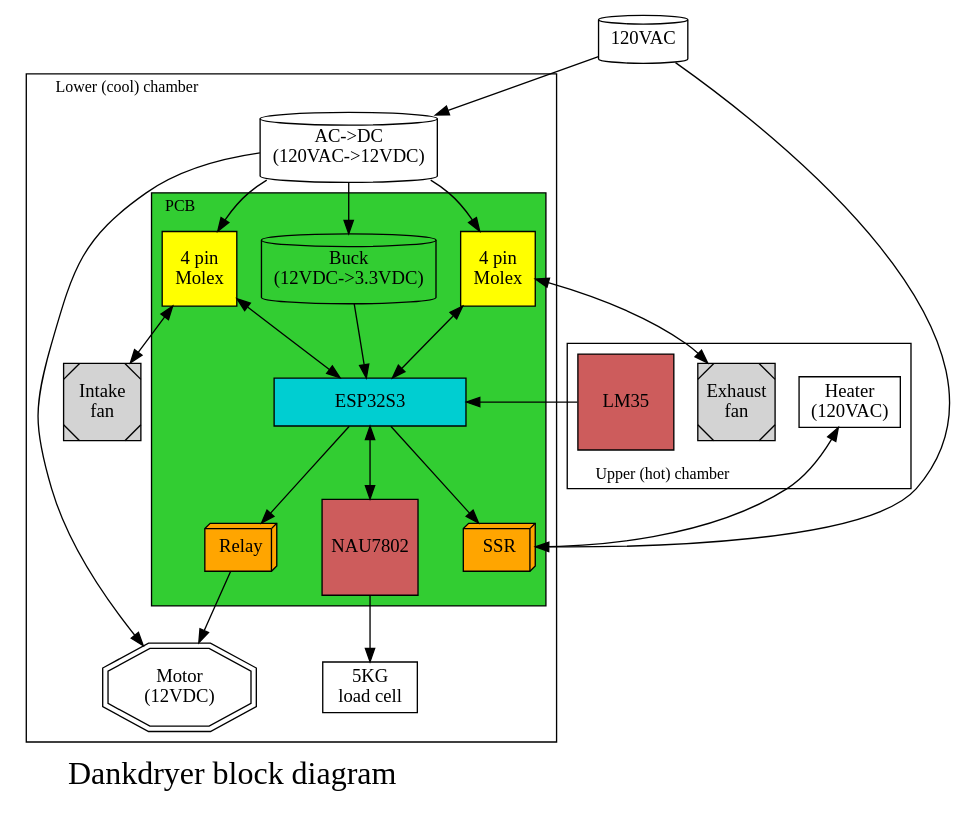
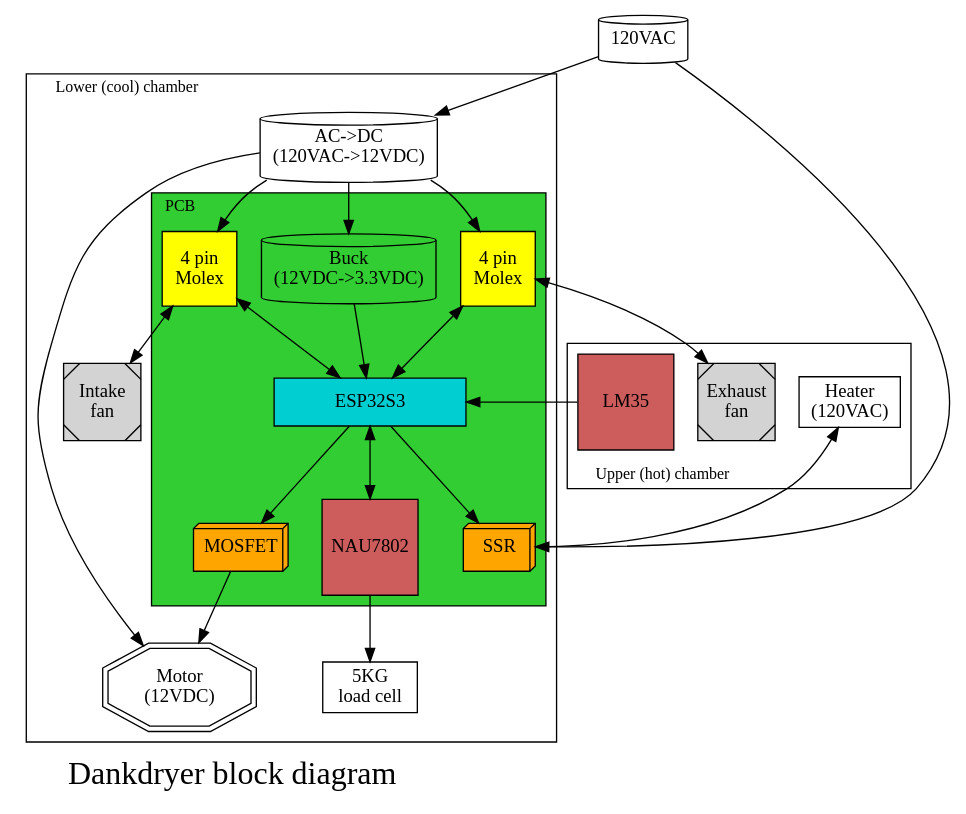
One commit to dankamongmen/dankdryer changed the diagram in blockdiagram.dot. Above: the diagram before and after it, drawn with Graphviz.

Commit message:
blockdiagram: replace relay with mosfet

```diff
--- a/blockdiagram.dot
+++ b/blockdiagram.dot
@@ -1,66 +1,66 @@
 digraph blockdiagram {
   compound=true; // for links between subgraphs
   node [ fontname="Gentium Book Plus" ]
   label="Dankdryer block diagram"
   fontsize=24
   labeljust = l
 
   subgraph clusterLower {
     fontsize=12
 
     subgraph clusterPCB {
       label = "PCB"
       labelloc = t
       style = filled
       fillcolor = limegreen
       ESP32S3 [ shape=rectangle width=2 fixedsize=true fillcolor=darkturquoise style=filled ]
       Molex1  [ shape=square fillcolor=yellow style=filled label="4 pin\nMolex" ]
       Molex2  [ shape=square fillcolor=yellow style=filled label="4 pin\nMolex" ]
       //TB6612FNG [ shape=square width=1.2 fillcolor=indianred style=filled fixedsize=true ]
       NAU7802 [ shape=square width=1 fillcolor=indianred style=filled fixedsize=true ]
       Molex1 -> ESP32S3 [ dir=both ]
       Molex2 -> ESP32S3 [ dir=both ]
       Buck -> ESP32S3
       ESP32S3 -> NAU7802 [ dir=both ]
       Buck [ shape=cylinder label="Buck\n(12VDC->3.3VDC)" ]
       SSR [ shape=box3d fillcolor=orange style=filled ]
       ESP32S3 -> SSR
-      Relay [ shape=box3d fillcolor=orange style=filled ]
-      ESP32S3 -> Relay
+      MOSFET [ shape=box3d fillcolor=orange style=filled ]
+      ESP32S3 -> MOSFET
     }
 
     Motor [ shape=doubleoctagon label="Motor\n(12VDC)" ]
     Fan1 [ shape=Msquare width=0.8 label="Intake\nfan" bgcolor=black style=filled fixedsize=true ]
     //TB6612FNG -> Motor
     label = "Lower (cool) chamber"
     ACAdapter [ shape=cylinder label="AC->DC\n(120VAC->12VDC)" ]
     ACAdapter -> Buck
     ACAdapter -> Motor
     ACAdapter -> Molex1
     ACAdapter -> Molex2
-    Relay -> Motor
+    MOSFET -> Motor
     LoadCell [ shape=rectangle fillcolor=grey label="5KG\nload cell" ]
     NAU7802 -> LoadCell
 
   }
 
   subgraph clusterUpper {
     fontsize=12
     labelloc=b
 
     Heater [ shape=rectangle label="Heater\n(120VAC)" ]
     Fan2 [ shape=Msquare width=0.8 label="Exhaust\nfan" bgcolor=black style=filled fixedsize=true ]
     LM35 [ shape=square fillcolor=indianred style=filled width=1 fixedsize=true ]
     Molex1 -> Fan1 [ dir=both ]
     Molex2 -> Fan2 [ dir=both ]
     SSR -> Heater
     LM35 -> ESP32S3
     label = "Upper (hot) chamber"
 
   }
 
   AC [ shape=cylinder label="120VAC" ]
   AC -> SSR
   AC -> ACAdapter
 
 }
```
